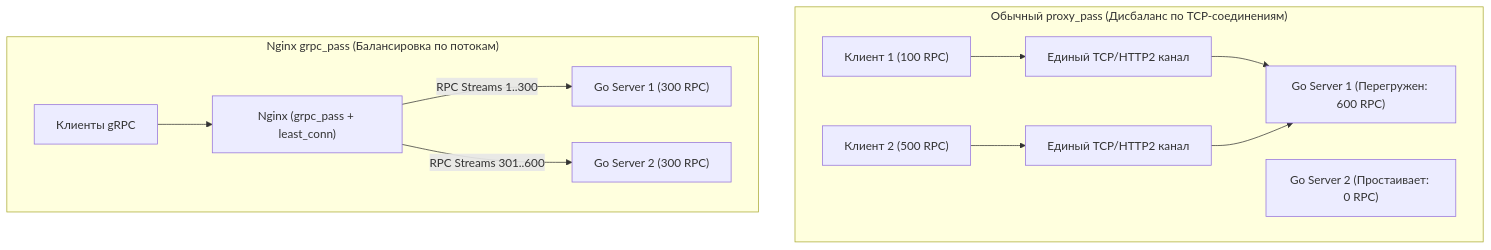
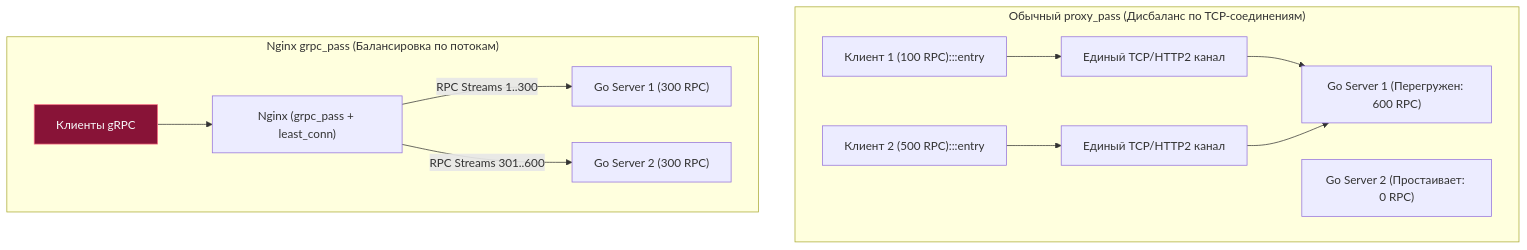
The second of 2 diagrams in sources/19. Инфраструктура. Linux, nginx, Docker, Kubernetes/02. nginx/3. Load balancing.md (UnrealTemplier/go-textbook), drawn with Mermaid before and after one commit. The commit also changed other lines of this file and 1666 other files, not shown here.

First line of the commit message:
feat(mermaid): add semantic color classDef to 1369 colorless flowchart/graph diagrams

````diff
--- a/sources/19. Инфраструктура. Linux, nginx, Docker, Kubernetes/02. nginx/3. Load balancing.md
+++ b/sources/19. Инфраструктура. Linux, nginx, Docker, Kubernetes/02. nginx/3. Load balancing.md
@@ -136,16 +146,26 @@
 ```mermaid
 flowchart TD
+    classDef process  fill:#1e293b,stroke:#38bdf8,stroke-width:1px,color:#f8fafc
+    classDef success  fill:#064e3b,stroke:#34d399,stroke-width:1px,color:#f8fafc
+    classDef error    fill:#7f1d1d,stroke:#f87171,stroke-width:1px,color:#f8fafc
+    classDef warning  fill:#78350f,stroke:#fbbf24,stroke-width:1px,color:#f8fafc
+    classDef entry    fill:#1e3a5f,stroke:#38bdf8,stroke-width:2px,color:#f8fafc
+    classDef aux      fill:#334155,stroke:#64748b,stroke-width:1px,color:#f8fafc
+    classDef system   fill:#312e81,stroke:#a78bfa,stroke-width:1px,color:#f8fafc
+    classDef data     fill:#132d29,stroke:#2dd4bf,stroke-width:1px,color:#f8fafc
+    classDef network  fill:#881337,stroke:#fb7185,stroke-width:1px,color:#f8fafc
+    classDef accent   fill:#1e1b4b,stroke:#818cf8,stroke-width:1px,color:#f8fafc
     subgraph Bad ["Обычный proxy_pass (Дисбаланс по TCP-соединениям)"]
-        C1["Клиент 1 (100 RPC)"] --> TCP1["Единый TCP/HTTP2 канал"]
-        C2["Клиент 2 (500 RPC)"] --> TCP2["Единый TCP/HTTP2 канал"]
+        C1["Клиент 1 (100 RPC):::entry"] --> TCP1["Единый TCP/HTTP2 канал"]
+        C2["Клиент 2 (500 RPC):::entry"] --> TCP2["Единый TCP/HTTP2 канал"]
         TCP1 --> S1["Go Server 1 (Перегружен: 600 RPC)"]
         TCP2 --> S1
         S2["Go Server 2 (Простаивает: 0 RPC)"]
     end
 
     subgraph Good ["Nginx grpc_pass (Балансировка по потокам)"]
-        Client["Клиенты gRPC"] --> Ingress["Nginx (grpc_pass + least_conn)"]
+        Client["Клиенты gRPC"]:::network --> Ingress["Nginx (grpc_pass + least_conn)"]
         Ingress -->|"RPC Streams 1..300"| G1["Go Server 1 (300 RPC)"]
         Ingress -->|"RPC Streams 301..600"| G2["Go Server 2 (300 RPC)"]
     end
 ```
````
